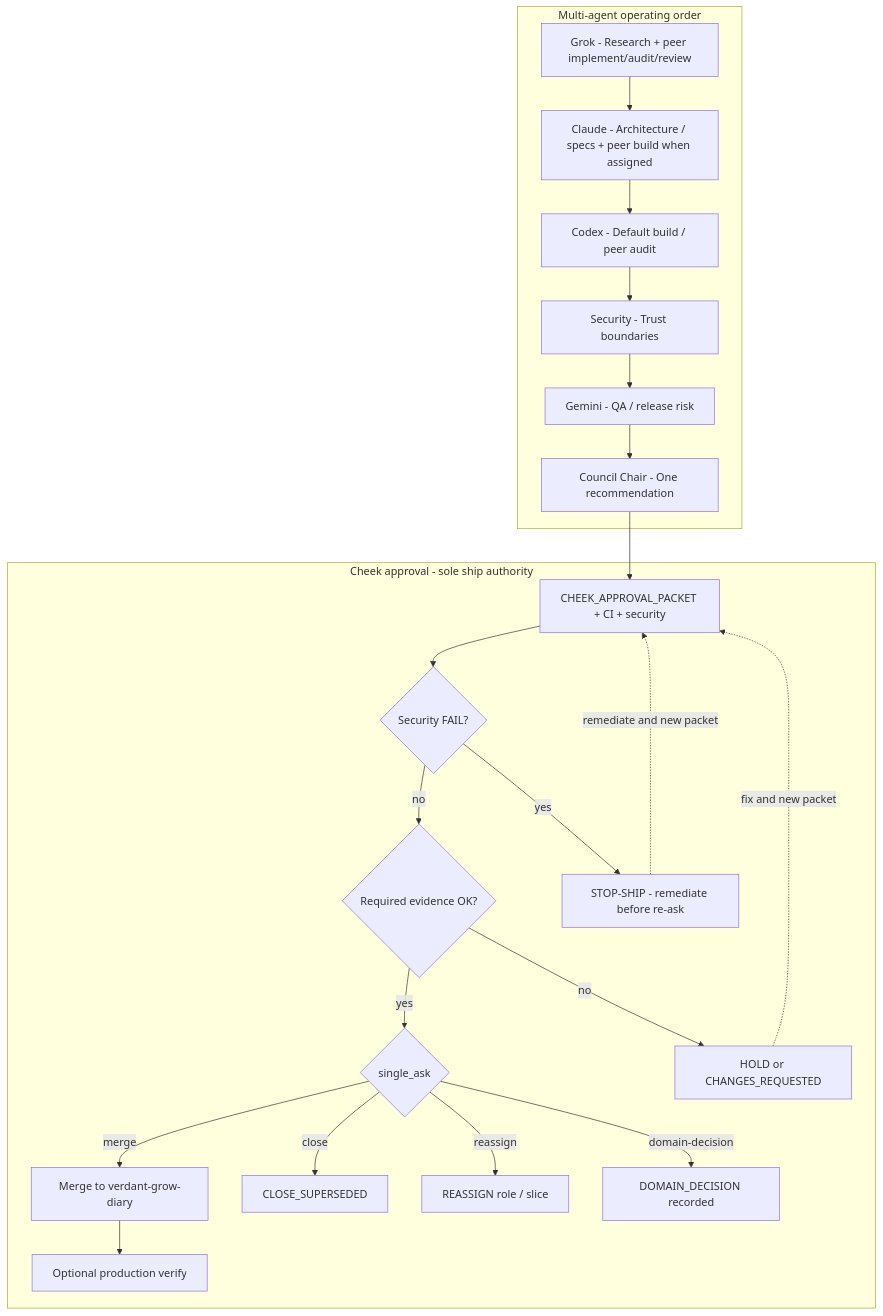
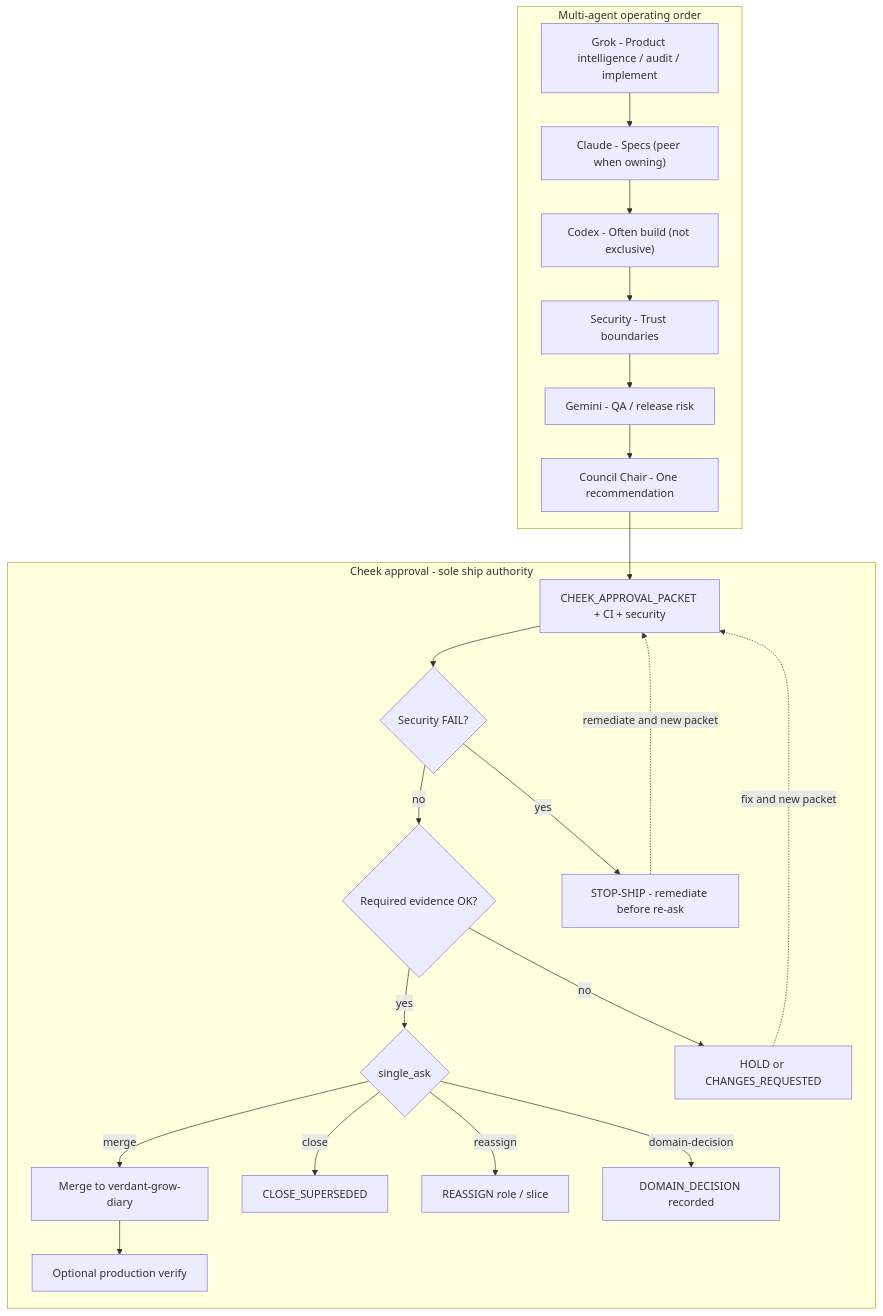
Before and after one commit to Verdant-OS/verdant-grow-diary: the second of 4 diagrams in docs/agents/cheek-approval-workflow.md, drawn with Mermaid. The commit also changed other lines of this file and 14 other files, not shown here.

First line of the commit message:
docs(agents): refine Grok peer charter — no rank, five powers

````diff
--- a/docs/agents/cheek-approval-workflow.md
+++ b/docs/agents/cheek-approval-workflow.md
@@ -373,44 +379,44 @@
 ```mermaid
 flowchart TB
   subgraph pipeline["Multi-agent operating order"]
-    Grok["Grok - Research + peer implement/audit/review"]
-    Claude["Claude - Architecture / specs + peer build when assigned"]
-    Codex["Codex - Default build / peer audit"]
+    Grok["Grok - Product intelligence / audit / implement"]
+    Claude["Claude - Specs (peer when owning)"]
+    Codex["Codex - Often build (not exclusive)"]
     Security["Security - Trust boundaries"]
     Gemini["Gemini - QA / release risk"]
     Council["Council Chair - One recommendation"]
     Grok --> Claude
     Claude --> Codex
     Codex --> Security
     Security --> Gemini
     Gemini --> Council
   end
 
   subgraph cheek_gate["Cheek approval - sole ship authority"]
     Packet["CHEEK_APPROVAL_PACKET + CI + security"]
     SecFail{"Security FAIL?"}
     Evidence{"Required evidence OK?"}
     Ask{"single_ask"}
     StopShip["STOP-SHIP - remediate before re-ask"]
     Hold["HOLD or CHANGES_REQUESTED"]
     Merge["Merge to verdant-grow-diary"]
     Close["CLOSE_SUPERSEDED"]
     Reassign["REASSIGN role / slice"]
     Domain["DOMAIN_DECISION recorded"]
     Prod["Optional production verify"]
   end
 
   Council --> Packet
   Packet --> SecFail
   SecFail -->|yes| StopShip
   SecFail -->|no| Evidence
   Evidence -->|no| Hold
   Evidence -->|yes| Ask
   Ask -->|merge| Merge
   Ask -->|close| Close
   Ask -->|reassign| Reassign
   Ask -->|domain-decision| Domain
   Merge --> Prod
   Hold -.->|fix and new packet| Packet
   StopShip -.->|remediate and new packet| Packet
 ```
````
